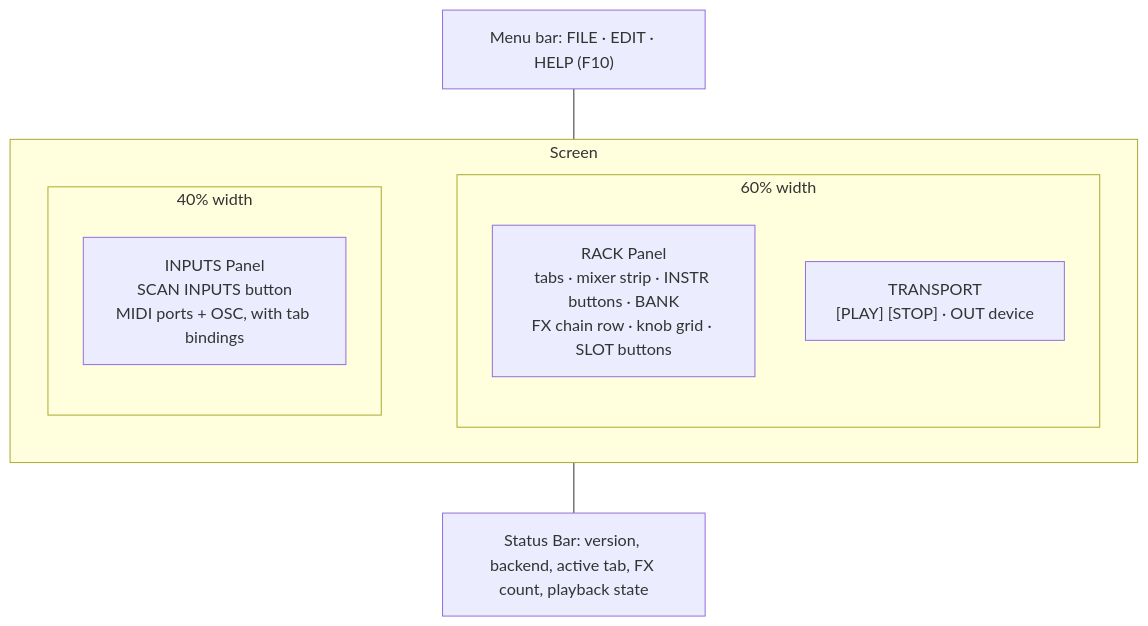
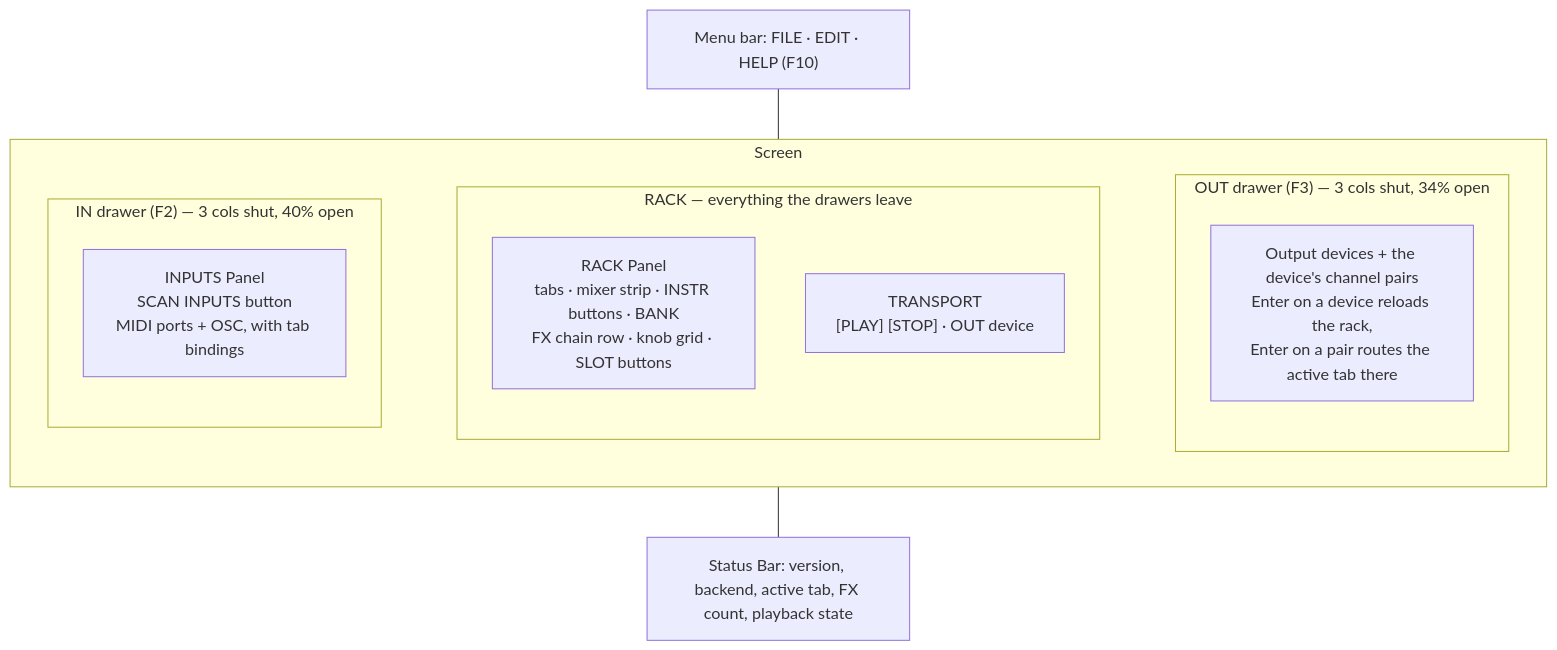
One commit to jacodelia/choz changed the sixth of 8 diagrams in docs/architecture.md. Above: the diagram before and after it, drawn with Mermaid. The commit also changed other lines of this file and 87 other files, not shown here.

````diff
--- a/docs/architecture.md
+++ b/docs/architecture.md
@@ -277,19 +349,23 @@
 ```mermaid
 flowchart TB
     MB["Menu bar: FILE · EDIT · HELP (F10)"]
     subgraph Screen
         direction LR
-        subgraph Left["40% width"]
+        subgraph Left["IN drawer (F2) — 3 cols shut, 40% open"]
             SP["INPUTS Panel<br/>SCAN INPUTS button<br/>MIDI ports + OSC, with tab bindings"]
         end
-        subgraph Right["60% width"]
+        subgraph Mid["RACK — everything the drawers leave"]
             FXP["RACK Panel<br/>tabs · mixer strip · INSTR buttons · BANK<br/>FX chain row · knob grid · SLOT buttons"]
             TR["TRANSPORT<br/>[PLAY] [STOP] · OUT device"]
+        end
+        subgraph Right["OUT drawer (F3) — 3 cols shut, 34% open"]
+            OP["Output devices + the device's channel pairs<br/>Enter on a device reloads the rack,<br/>Enter on a pair routes the active tab there"]
         end
     end
     SB["Status Bar: version, backend, active tab, FX count, playback state"]
 
     MB --- Screen
-    Left ~~~ Right
+    Left ~~~ Mid
+    Mid ~~~ Right
     Screen --- SB
 ```
````
